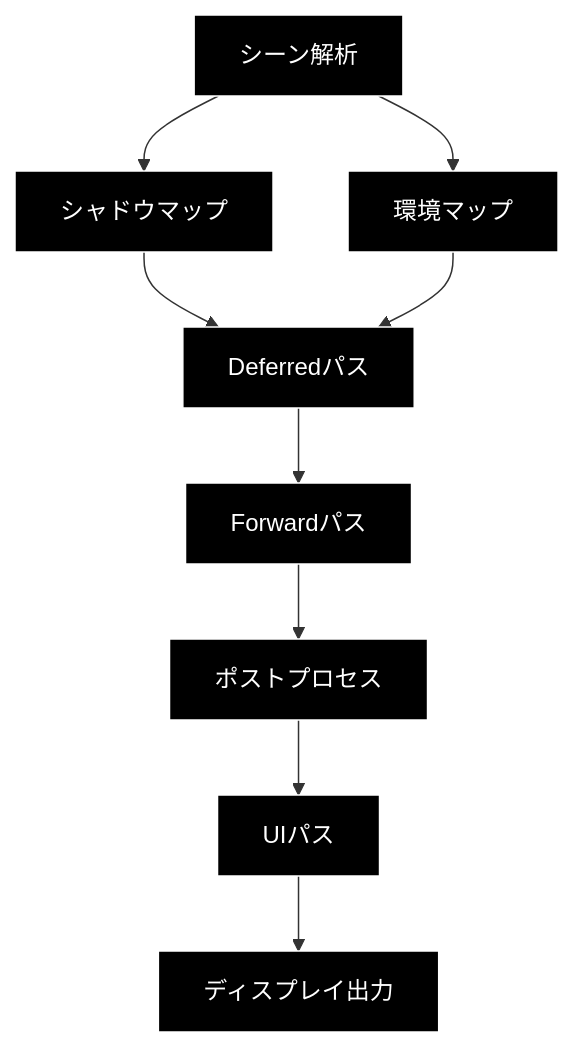
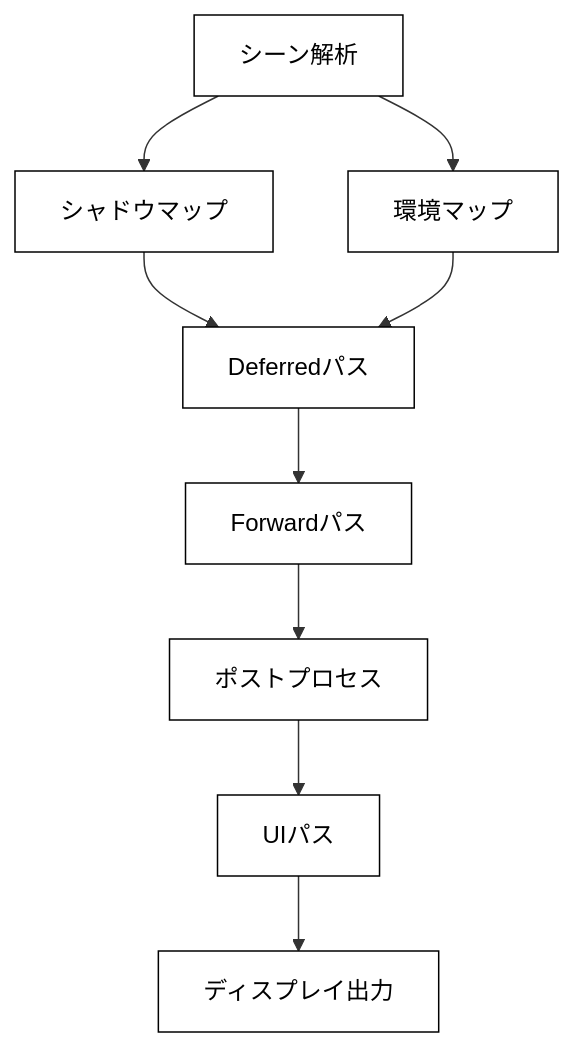
One commit to ukonpower/OREngine changed the first of 3 diagrams in docs/core/render-pipeline.md. Above: the diagram before and after it, drawn with Mermaid. The commit also changed other lines of this file and 6 other files, not shown here.

````diff
--- a/docs/core/render-pipeline.md
+++ b/docs/core/render-pipeline.md
@@ -10,20 +10,20 @@
 ```mermaid
 graph TD
     Scene[シーン解析] --> Shadow[シャドウマップ]
     Scene --> Env[環境マップ]
     Shadow --> Deferred[Deferredパス]
     Env --> Deferred
     Deferred --> Forward[Forwardパス]
     Forward --> Post[ポストプロセス]
     Post --> UI[UIパス]
     UI --> Display[ディスプレイ出力]
 
-    style Scene fill:#000,stroke:#fff,color:#fff
-    style Shadow fill:#000,stroke:#fff,color:#fff
-    style Env fill:#000,stroke:#fff,color:#fff
-    style Deferred fill:#000,stroke:#fff,color:#fff
-    style Forward fill:#000,stroke:#fff,color:#fff
-    style Post fill:#000,stroke:#fff,color:#fff
-    style UI fill:#000,stroke:#fff,color:#fff
-    style Display fill:#000,stroke:#fff,color:#fff
+    style Scene fill:#fff,stroke:#000,color:#000
+    style Shadow fill:#fff,stroke:#000,color:#000
+    style Env fill:#fff,stroke:#000,color:#000
+    style Deferred fill:#fff,stroke:#000,color:#000
+    style Forward fill:#fff,stroke:#000,color:#000
+    style Post fill:#fff,stroke:#000,color:#000
+    style UI fill:#fff,stroke:#000,color:#000
+    style Display fill:#fff,stroke:#000,color:#000
 ```
````
